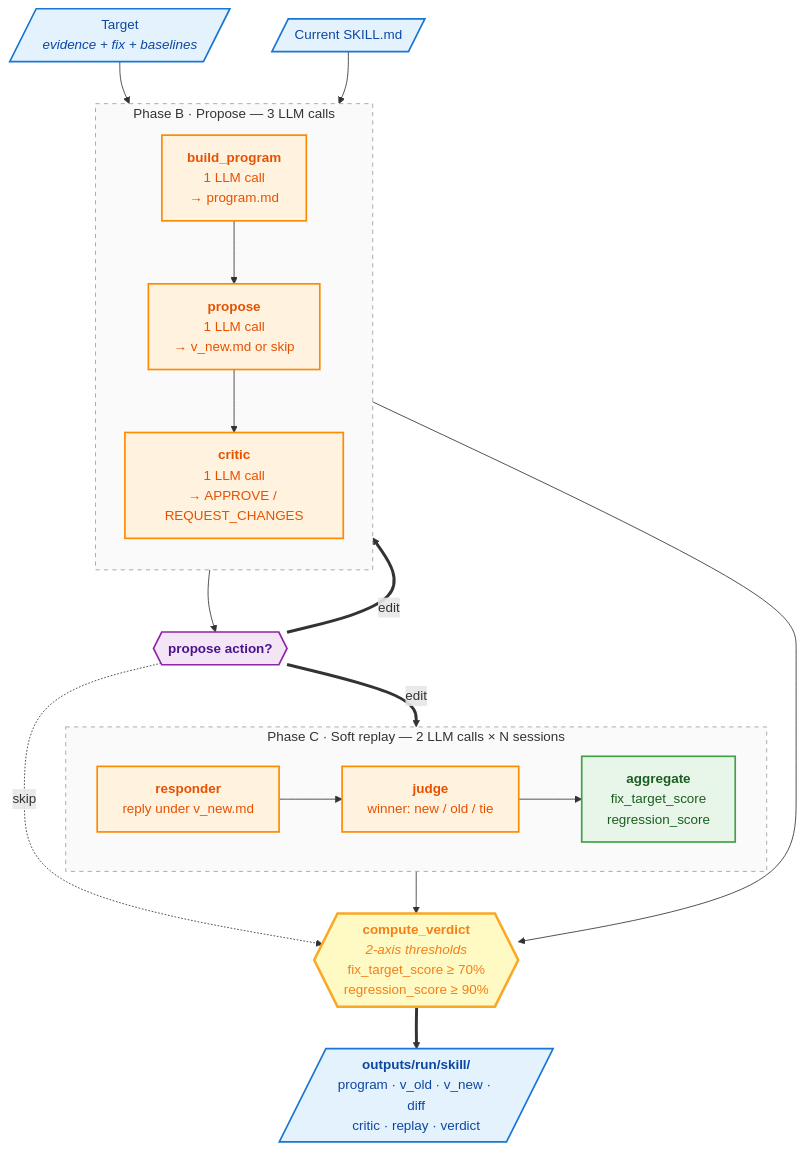
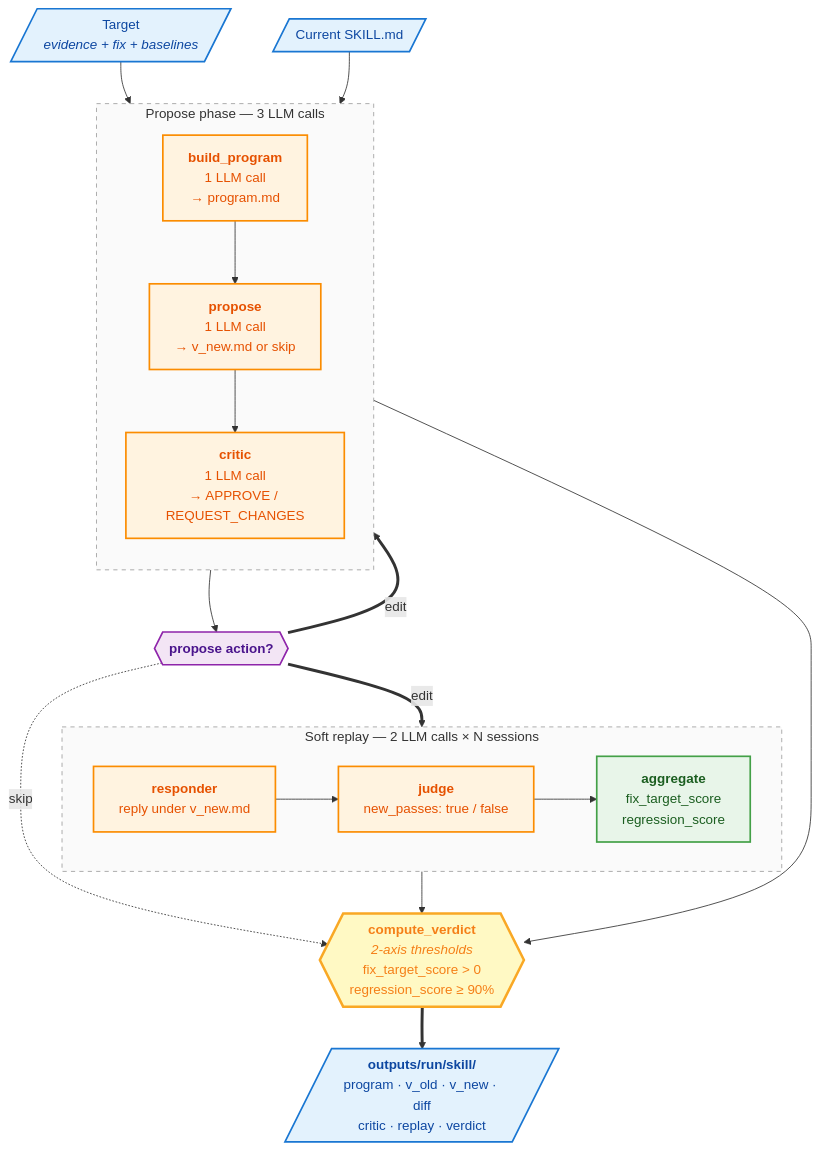
Before and after one commit to yilgara/agent-autoresearch: the diagram in src/strategies/v1/docs.md, drawn with Mermaid. The commit also changed other lines of this file and 2 other files, not shown here.

````diff
--- a/src/strategies/v1/docs.md
+++ b/src/strategies/v1/docs.md
@@ -32,50 +27,44 @@
 ```mermaid
 flowchart TB
-    %% ── Inputs ──
     PROG_IN[/"Target<br/><i>evidence + fix + baselines</i>"/]:::io
     SKILL_IN[/"Current SKILL.md"/]:::io
 
-    %% ── Phase B · Propose (3 LLM calls) ──
-    subgraph PHB[" Phase B · Propose — 3 LLM calls "]
+    subgraph PHB[" Propose phase — 3 LLM calls "]
         direction TB
         BP1["<b>build_program</b><br/>1 LLM call<br/>→ program.md"]:::llm
         BP2["<b>propose</b><br/>1 LLM call<br/>→ v_new.md or skip"]:::llm
         BP3["<b>critic</b><br/>1 LLM call<br/>→ APPROVE / REQUEST_CHANGES"]:::llm
         BP1 --> BP2 --> BP3
     end
     PROG_IN --> BP1
     SKILL_IN --> BP2
 
-    %% ── Action gate ──
     DEC{{"<b>propose action?</b>"}}:::decision
     BP2 --> DEC
 
-    %% ── Phase C · Replay (2 LLM calls × N sessions) ──
-    subgraph PHC[" Phase C · Soft replay — 2 LLM calls × N sessions "]
+    subgraph PHC[" Soft replay — 2 LLM calls × N sessions "]
         direction LR
         R1["<b>responder</b><br/>reply under v_new.md"]:::llm
-        R2["<b>judge</b><br/>winner: new / old / tie"]:::llm
+        R2["<b>judge</b><br/>new_passes: true / false"]:::llm
         AGG["<b>aggregate</b><br/>fix_target_score<br/>regression_score"]:::nollm
         R1 --> R2 --> AGG
     end
     DEC == "edit" ==> BP3
     DEC == "edit" ==> R1
 
-    %% ── Verdict (deterministic) ──
-    V{{"<b>compute_verdict</b><br/><i>2-axis thresholds</i><br/>fix_target_score ≥ 70%<br/>regression_score ≥ 90%"}}:::verdict
+    V{{"<b>compute_verdict</b><br/><i>2-axis thresholds</i><br/>fix_target_score &gt; 0<br/>regression_score ≥ 90%"}}:::verdict
     DEC -. "skip" .-> V
     BP3 --> V
     AGG --> V
 
     OUT[/"<b>outputs/run/skill/</b><br/>program · v_old · v_new · diff<br/>critic · replay · verdict"/]:::io
     V ==> OUT
 
-    %% ── Styling ──
     classDef nollm fill:#E8F5E9,stroke:#43A047,stroke-width:2px,color:#1B5E20
     classDef llm fill:#FFF3E0,stroke:#FB8C00,stroke-width:2px,color:#E65100
     classDef io fill:#E3F2FD,stroke:#1976D2,stroke-width:2px,color:#0D47A1
     classDef verdict fill:#FFF9C4,stroke:#F9A825,stroke-width:3px,color:#F57F17
     classDef decision fill:#F3E5F5,stroke:#8E24AA,stroke-width:2px,color:#4A148C
     style PHB fill:#FAFAFA,stroke:#9E9E9E,stroke-dasharray:5 5
     style PHC fill:#FAFAFA,stroke:#9E9E9E,stroke-dasharray:5 5
 ```
````
